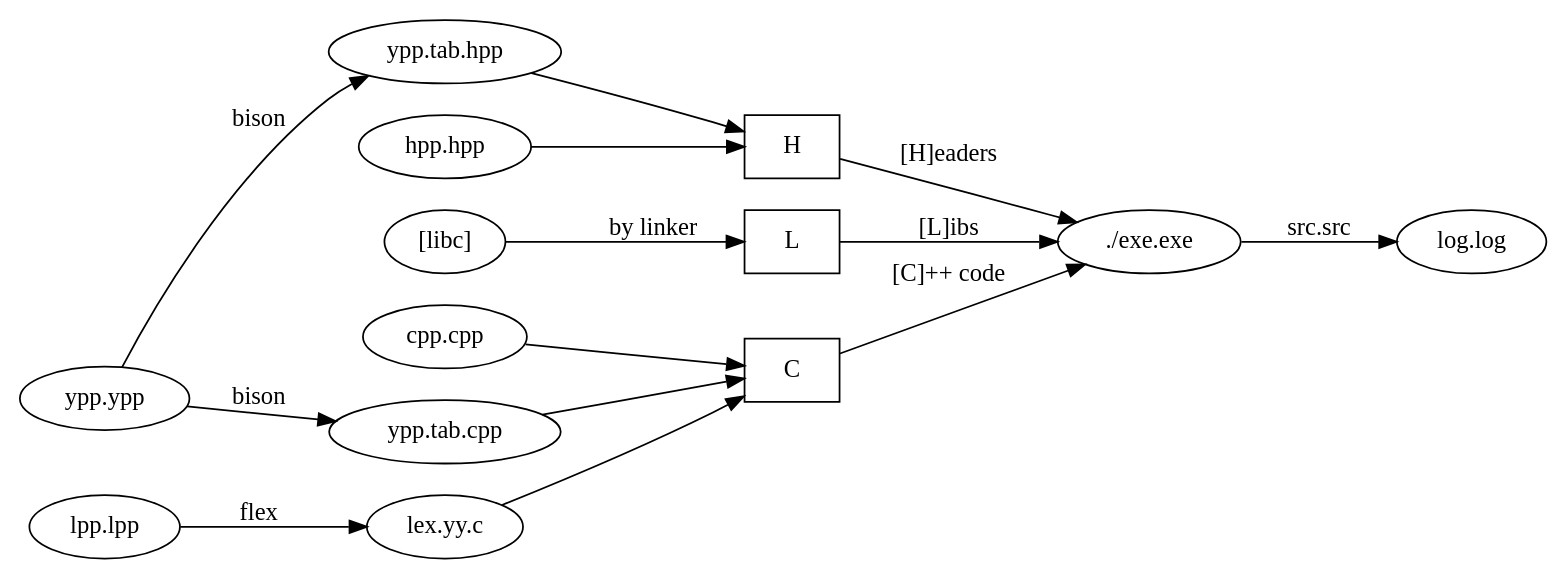
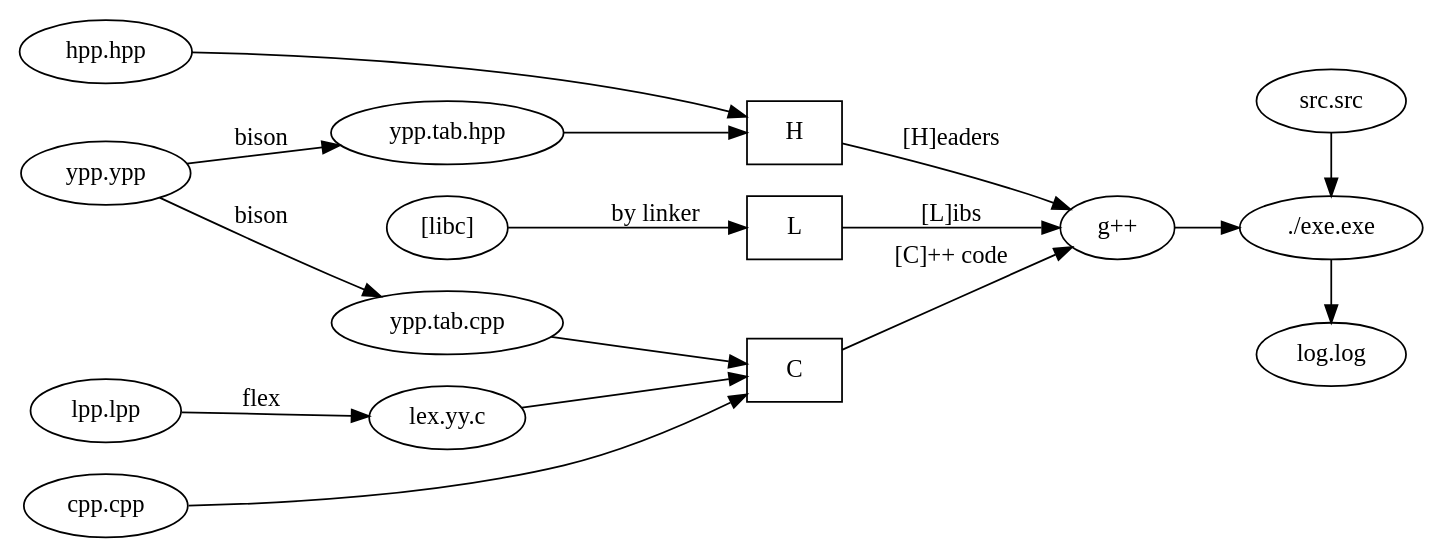
The diagram in fig/1_4_files.dot (ponyatov/PLAI), drawn with Graphviz before and after one commit. The commit also changed 1 other file, not shown here.

```diff
--- a/fig/1_4_files.dot
+++ b/fig/1_4_files.dot
@@ -1,18 +1,30 @@
 digraph { rankdir = LR;
+{
+rank=same;
+"ypp.ypp"
+"lpp.lpp"
+"hpp.hpp"
+"cpp.cpp"
+}
 "ypp.ypp" -> "ypp.tab.cpp" [label="\ bison"]
 "ypp.ypp" -> "ypp.tab.hpp" [label="\ bison"]
 "lpp.lpp" -> "lex.yy.c" [label="\n flex"]
 "ypp.tab.cpp" -> C
 "ypp.tab.hpp" -> H
 "lex.yy.c" -> C
 "cpp.cpp" -> C
 "hpp.hpp" -> H
 C [shape=box]
 H [shape=box]
 L [shape=box]
 "[libc]" -> L [label="\ by linker"]
-C -> "./exe.exe" [label="\ [C]++ code"]
-H -> "./exe.exe" [label="\ [H]eaders"]
-L -> "./exe.exe" [label="\ [L]ibs"]
-"./exe.exe" -> "log.log" [label="\ src.src"] 
+C -> "g++" [label="\ [C]++ code"]
+H -> "g++" [label="\ [H]eaders"]
+L -> "g++" [label="\ [L]ibs"]
+"g++" -> "./exe.exe"
+{
+rank=same
+"src.src" -> "./exe.exe"
+"./exe.exe" -> "log.log"
 }
+}
```
